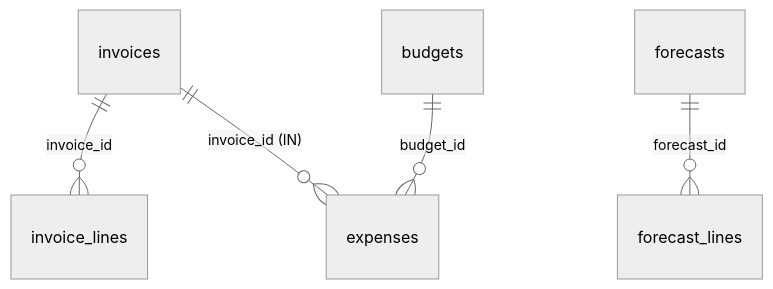
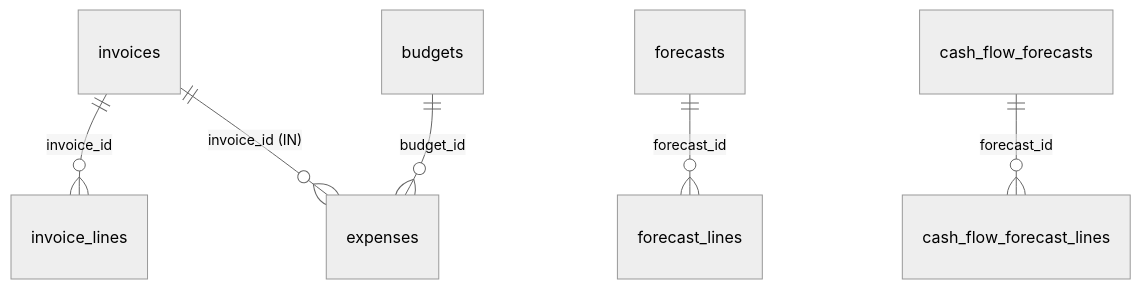
The third of 11 diagrams in docs/2.PRODUCT/05-DATA-MODEL.md (hovikhanh/Aureon), drawn with Mermaid (neutral theme) before and after one commit. The commit also changed other lines of this file, not shown here.

Commit message:
docs(v2.1): rebuild 05-DATA-MODEL part C - ai, idp, and full ERD (DEC-149, DEC-151)

````diff
--- a/docs/2.PRODUCT/05-DATA-MODEL.md
+++ b/docs/2.PRODUCT/05-DATA-MODEL.md
@@ -139,7 +156,8 @@
 ```mermaid
 erDiagram
     invoices ||--o{ invoice_lines : "invoice_id"
     invoices ||--o{ expenses : "invoice_id (IN)"
     forecasts ||--o{ forecast_lines : "forecast_id"
     budgets ||--o{ expenses : "budget_id"
+    cash_flow_forecasts ||--o{ cash_flow_forecast_lines : "forecast_id"
 ```
````
